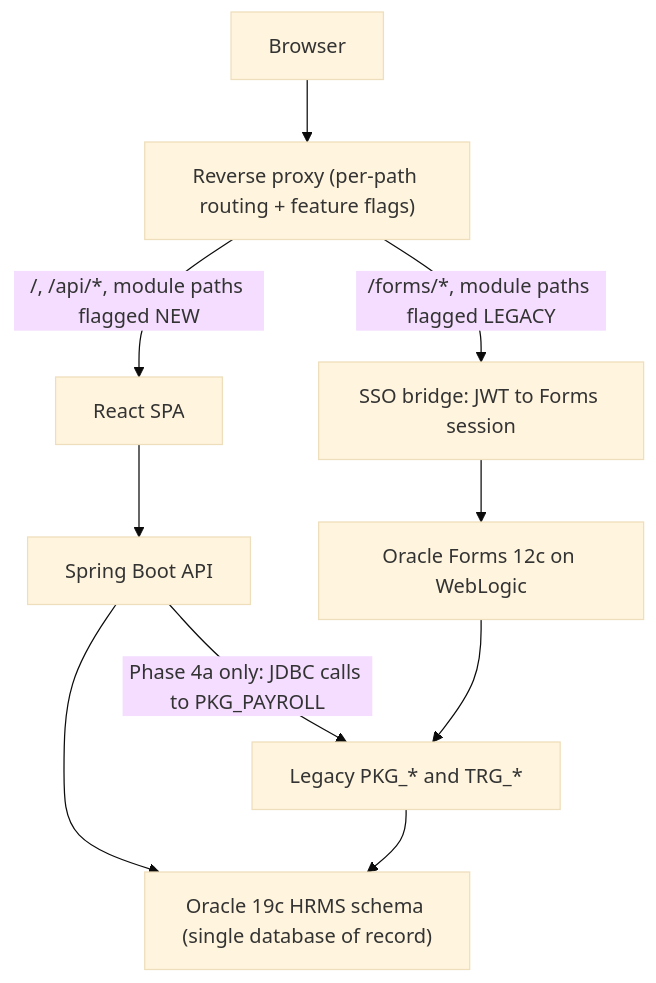
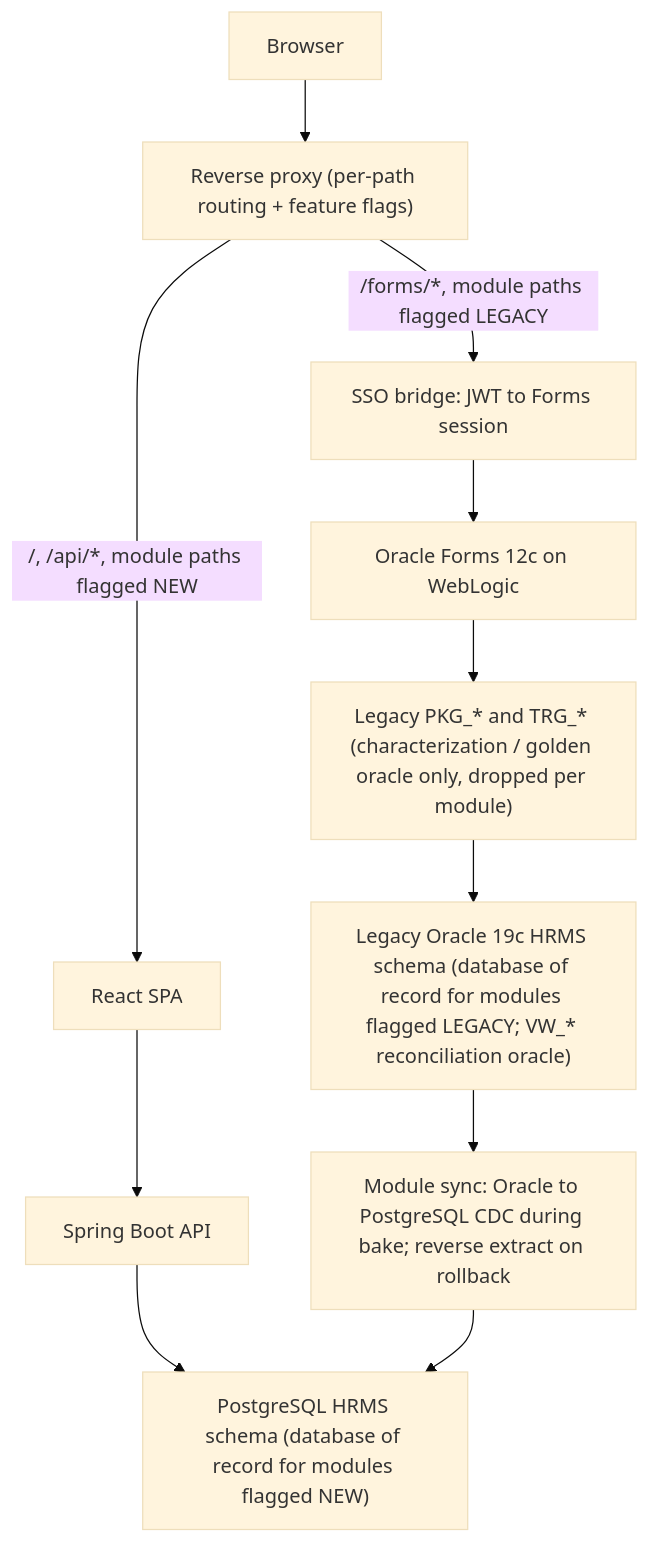
Before and after one commit to codev-workshops/ts-plsql-oracle-forms-hrms: the first of 3 diagrams in CUTOVER_PLAN.md, drawn with Mermaid (base theme). The commit also changed other lines of this file and 6 other files, not shown here.

First line of the commit message:
docs: PostgreSQL target, pure-Java rewrite, legacy PL/SQL as Oracle-only golden oracle

````diff
--- a/CUTOVER_PLAN.md
+++ b/CUTOVER_PLAN.md
@@ -31,21 +31,24 @@
 ```mermaid
 graph TD
   USER["Browser"]
   PROXY["Reverse proxy (per-path routing + feature flags)"]
   SSO["SSO bridge: JWT to Forms session"]
   REACT["React SPA"]
   API["Spring Boot API"]
   FORMS["Oracle Forms 12c on WebLogic"]
-  DB["Oracle 19c HRMS schema (single database of record)"]
-  LEGACY_PKG["Legacy PKG_* and TRG_*"]
+  PG["PostgreSQL HRMS schema (database of record for modules flagged NEW)"]
+  ORA["Legacy Oracle 19c HRMS schema (database of record for modules flagged LEGACY; VW_* reconciliation oracle)"]
+  LEGACY_PKG["Legacy PKG_* and TRG_* (characterization / golden oracle only, dropped per module)"]
+  SYNC["Module sync: Oracle to PostgreSQL CDC during bake; reverse extract on rollback"]
 
   USER --> PROXY
   PROXY -->|"/, /api/*, module paths flagged NEW"| REACT
   REACT --> API
   PROXY -->|"/forms/*, module paths flagged LEGACY"| SSO
   SSO --> FORMS
-  API --> DB
+  API --> PG
   FORMS --> LEGACY_PKG
-  LEGACY_PKG --> DB
-  API -->|"Phase 4a only: JDBC calls to PKG_PAYROLL"| LEGACY_PKG
+  LEGACY_PKG --> ORA
+  ORA --> SYNC
+  SYNC --> PG
 ```
````
